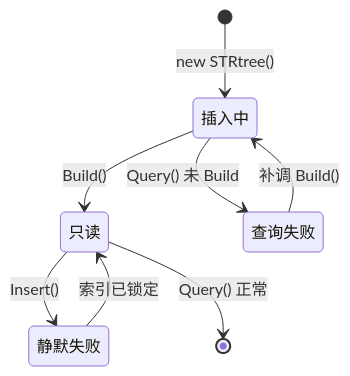
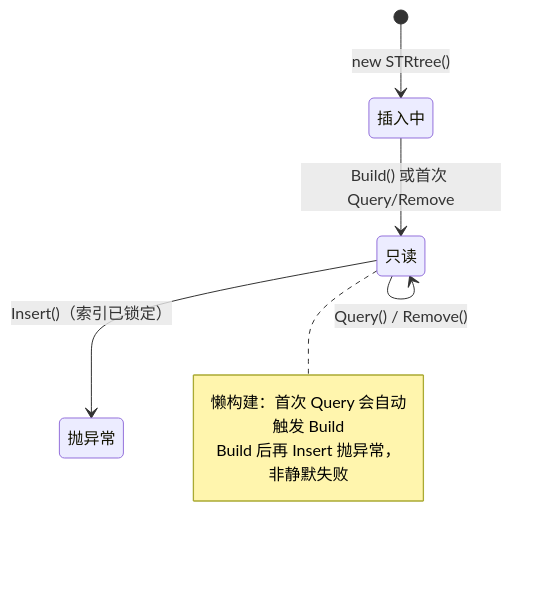
One commit to qiect/docs.nts changed the first of 2 diagrams in docs/advanced/spatial-index.md. Above: the diagram before and after it, drawn with Mermaid. The commit also changed other lines of this file and 9 other files, not shown here.

````diff
--- a/docs/advanced/spatial-index.md
+++ b/docs/advanced/spatial-index.md
@@ -56,10 +130,11 @@
 ```mermaid
 stateDiagram-v2
     [*] --> 插入中: new STRtree()
-    插入中 --> 只读: Build()
-    插入中 --> 查询失败: Query() 未 Build
-    只读 --> 静默失败: Insert()
-    只读 --> [*]: Query() 正常
-    查询失败 --> 插入中: 补调 Build()
-    静默失败 --> 只读: 索引已锁定
+    插入中 --> 只读: Build() 或首次 Query/Remove
+    只读 --> 抛异常: Insert()（索引已锁定）
+    只读 --> 只读: Query() / Remove()
+    note right of 只读
+        懒构建：首次 Query 会自动触发 Build
+        Build 后再 Insert 抛异常，非静默失败
+    end note
 ```
````
